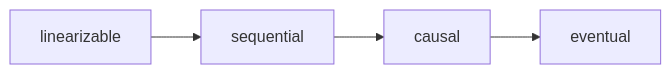
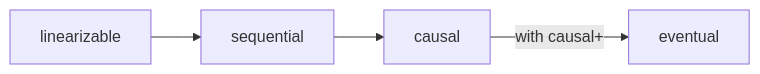
One commit to bkuberek/coding-study changed the first of 2 diagrams in guides/consistency-models/guide.md. Above: the diagram before and after it, drawn with Mermaid. The commit also changed other lines of this file and 9 other files, not shown here.

````diff
--- a/guides/consistency-models/guide.md
+++ b/guides/consistency-models/guide.md
@@ -15,6 +15,6 @@
 ```mermaid
 flowchart LR
   accTitle: Consistency models from strongest to weakest
-  accDescr: Linearizable is stronger than sequential, which is stronger than causal, which is stronger than eventual. Each model allows every history the stronger one allows, and more.
-  lin["linearizable"] --> seq["sequential"] --> causal["causal"] --> eventual["eventual"]
+  accDescr: Linearizable is stronger than sequential, which is stronger than causal. Causal consistency implies eventual consistency only with convergent conflict handling, which makes it causal+.
+  lin["linearizable"] --> seq["sequential"] --> causal["causal"] -->|"with causal+"| eventual["eventual"]
 ```
````
